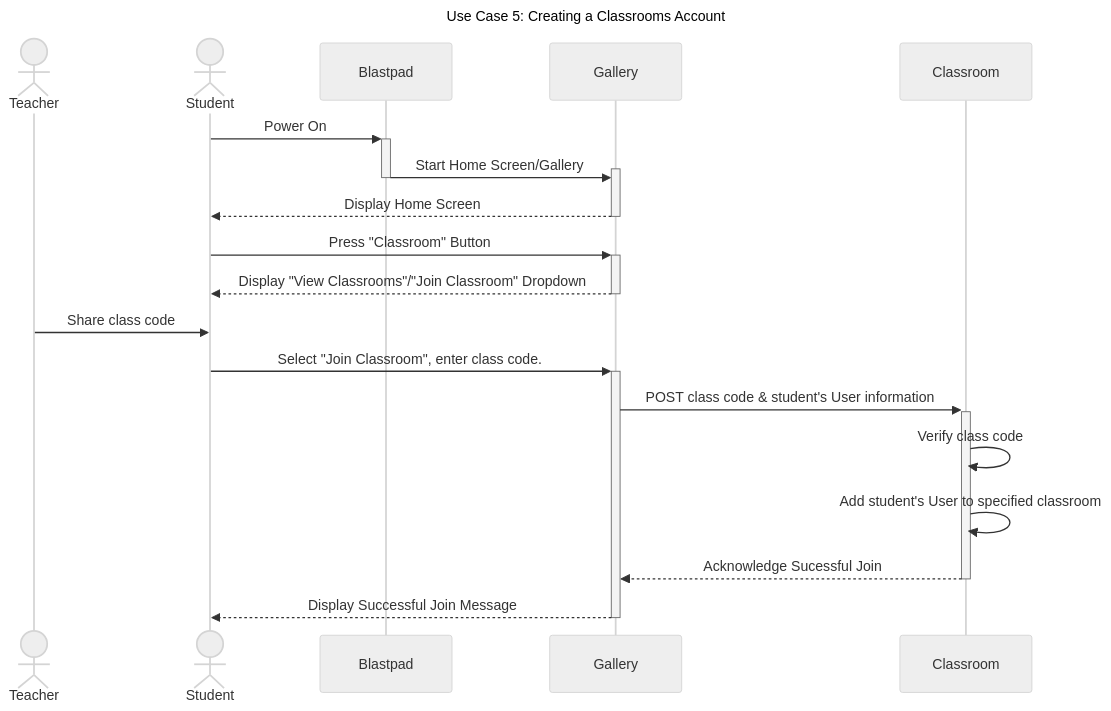
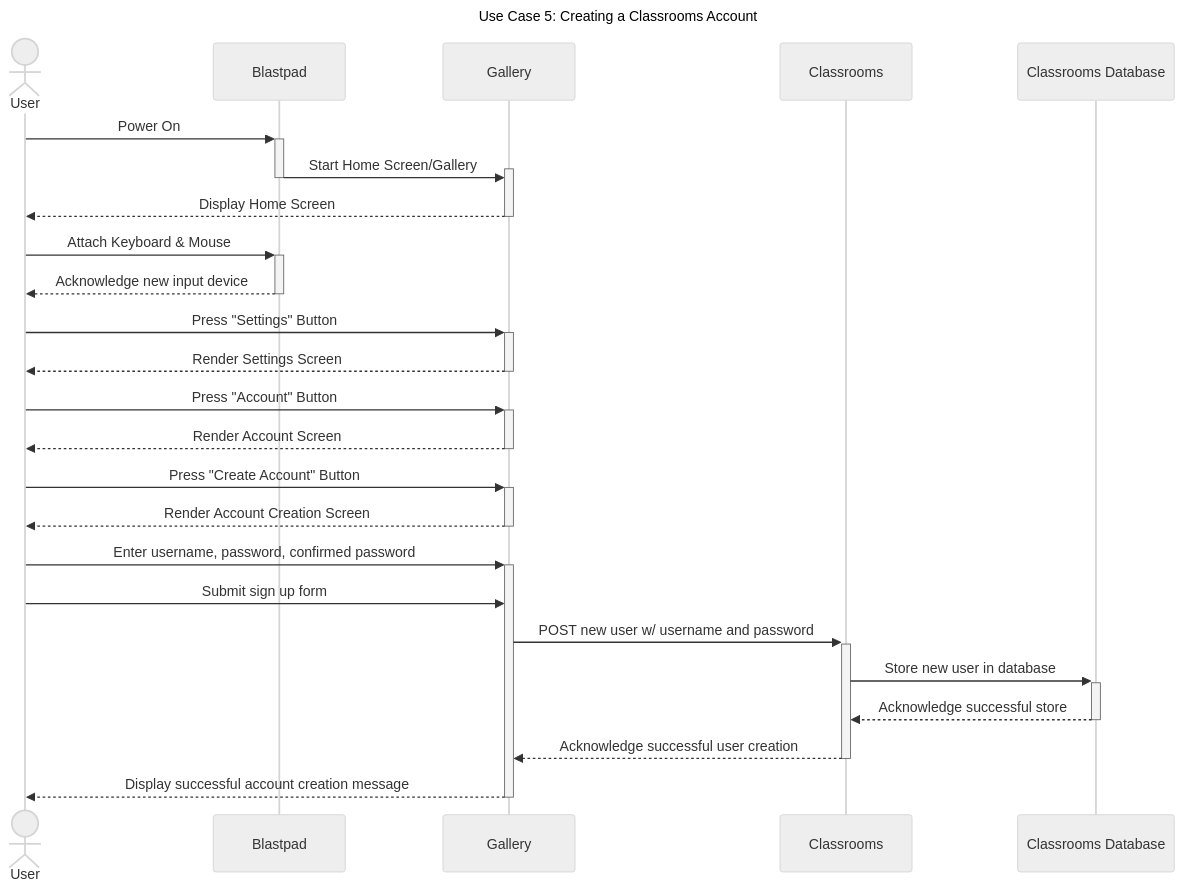
Before and after one commit to Capstone-Projects-2024-Spring/project-blastpad: the fifth of 11 diagrams in documentation/docs/requirements/use-case-descriptions.md, drawn with Mermaid (neutral theme). The commit also changed other lines of this file, not shown here.

Commit message:
Fix use case 5 and use case 6 (swapped)

````diff
--- a/documentation/docs/requirements/use-case-descriptions.md
+++ b/documentation/docs/requirements/use-case-descriptions.md
@@ -174,24 +174,34 @@
 ```mermaid
 ---
 title: "Use Case 5: Creating a Classrooms Account"
 ---
-
 sequenceDiagram
-	actor Teacher
-	actor Student
-	Student->>+Blastpad: Power On
+	actor User
+	User->>+Blastpad: Power On
 	Blastpad->>+Gallery: Start Home Screen/Gallery
 	deactivate Blastpad	
-	Gallery-->>-Student: Display Home Screen
+	Gallery-->>-User: Display Home Screen
+	
+	User->>+Blastpad: Attach Keyboard & Mouse
+	Blastpad-->>-User: Acknowledge new input device
 
 
-	Student->>+Gallery: Press "Classroom" Button
-	Gallery-->>-Student: Display "View Classrooms"/"Join Classroom" Dropdown
-	Teacher->>Student: Share class code
-	Student->>+Gallery: Select "Join Classroom", enter class code.
-	Gallery->>+Classroom: POST class code & student's User information
-	Classroom->>Classroom: Verify class code
-	Classroom->>Classroom: Add student's User to specified classroom
-	Classroom-->>-Gallery: Acknowledge Sucessful Join
-	Gallery-->>-Student: Display Successful Join Message
+	User->>+Gallery: Press "Settings" Button
+	Gallery-->>-User: Render Settings Screen
+
+	User->>+Gallery: Press "Account" Button
+	Gallery-->>-User: Render Account Screen
+
+	User->>+Gallery: Press "Create Account" Button
+	Gallery-->>-User: Render Account Creation Screen
+
+
+	User->>+Gallery: Enter username, password, confirmed password
+	User->>Gallery: Submit sign up form
+	Gallery->>+Classrooms: POST new user w/ username and password
+	Classrooms->>+Classrooms Database: Store new user in database
+	Classrooms Database-->>- Classrooms: Acknowledge successful store
+	Classrooms-->>-Gallery: Acknowledge successful user creation
+ 
+	Gallery-->>-User: Display successful account creation message
 ```
````
